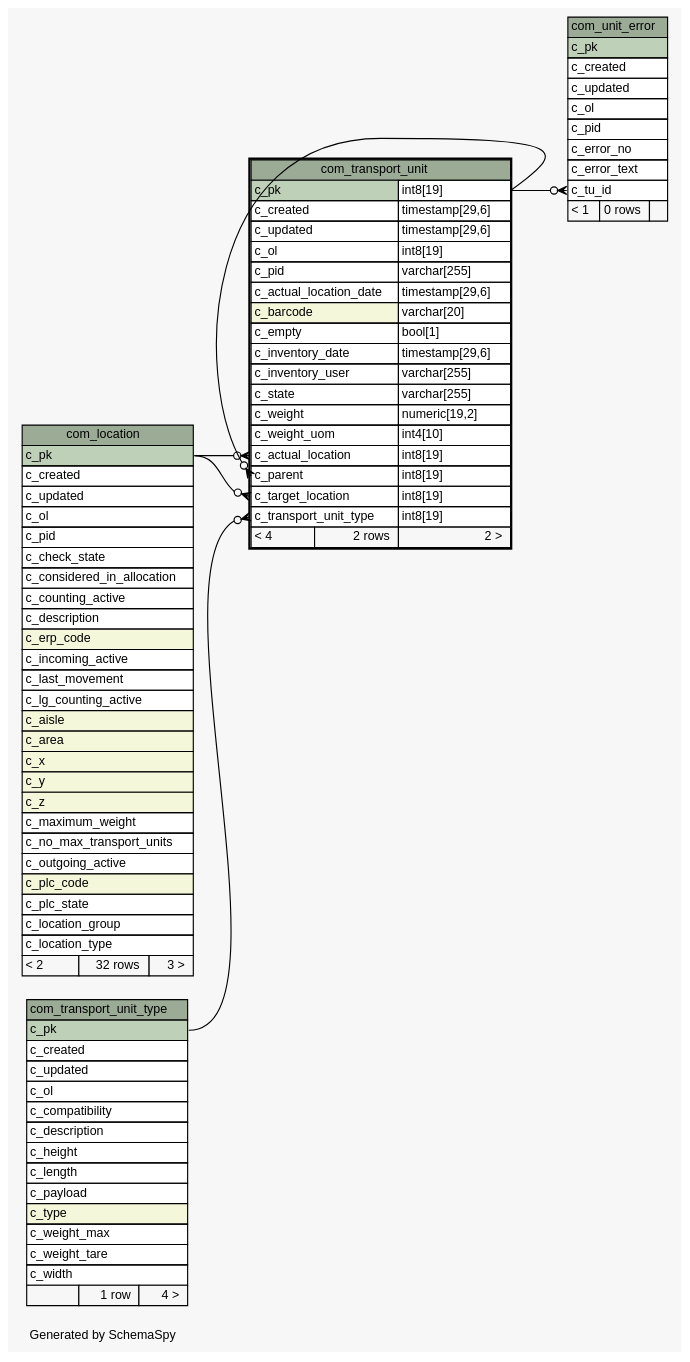
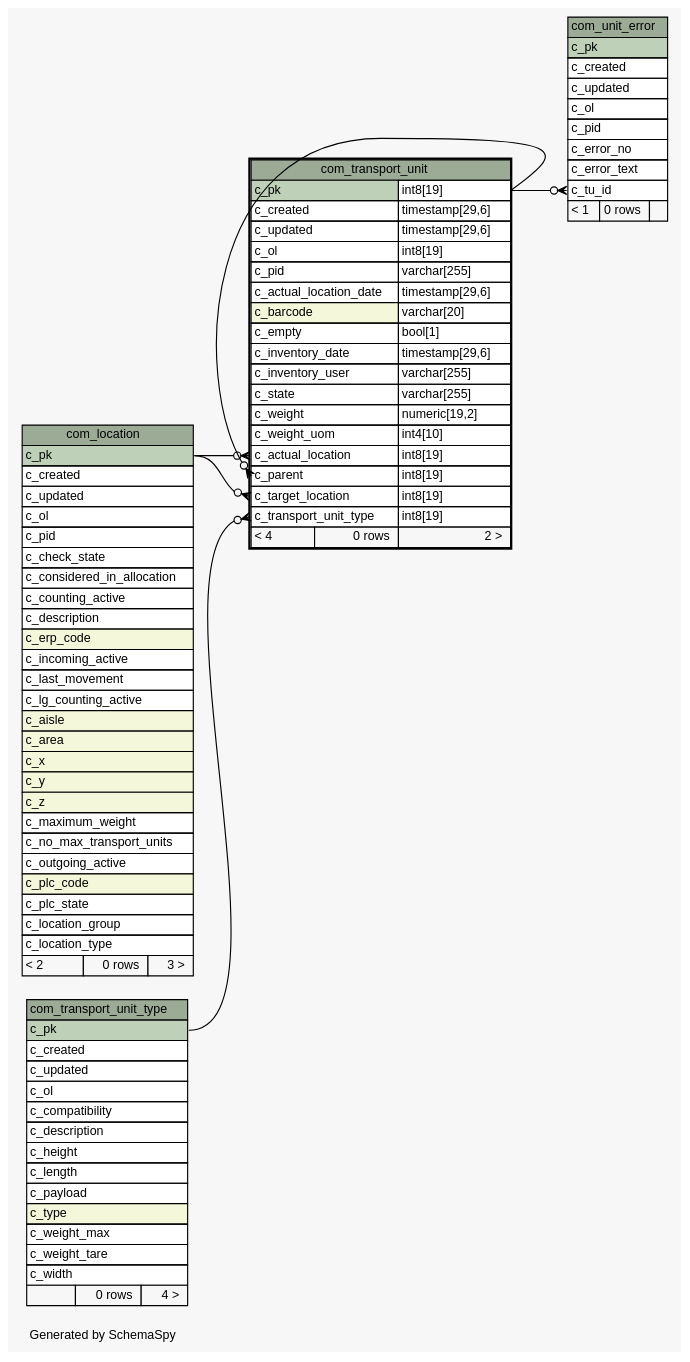
The diagram in schemaspy/diagrams/com_transport_unit.1degree.dot (openwms/org.openwms.common.service.lib), drawn with Graphviz before and after one commit. The commit also changed 537 other files, not shown here.

```diff
--- a/schemaspy/diagrams/com_transport_unit.1degree.dot
+++ b/schemaspy/diagrams/com_transport_unit.1degree.dot
@@ -1,126 +1,126 @@
-// dot 2.36.0 on Linux 4.4.0-101-generic
+// dot 2.38.0 on Linux 4.15.0-1037-gcp
 // SchemaSpy rev Unknown
 digraph "oneDegreeRelationshipsDiagram" {
   graph [
     rankdir="RL"
     bgcolor="#f7f7f7"
     label="\nGenerated by SchemaSpy"
     labeljust="l"
     nodesep="0.18"
     ranksep="0.46"
     fontname="Helvetica"
     fontsize="11"
   ];
   node [
     fontname="Helvetica"
     fontsize="11"
     shape="plaintext"
   ];
   edge [
     arrowsize="0.8"
   ];
   "com_transport_unit":"c_actual_location":w -> "com_location":"c_pk":e [arrowhead=none dir=back arrowtail=crowodot];
   "com_transport_unit":"c_parent":w -> "com_transport_unit":"c_pk.type":e [arrowhead=none dir=back arrowtail=crowodot];
   "com_transport_unit":"c_target_location":w -> "com_location":"c_pk":e [arrowhead=none dir=back arrowtail=crowodot];
   "com_transport_unit":"c_transport_unit_type":w -> "com_transport_unit_type":"c_pk":e [arrowhead=none dir=back arrowtail=crowodot];
   "com_unit_error":"c_tu_id":w -> "com_transport_unit":"c_pk.type":e [arrowhead=none dir=back arrowtail=crowodot];
   "com_location" [
     label=<
     <TABLE BORDER="0" CELLBORDER="1" CELLSPACING="0" BGCOLOR="#ffffff">
       <TR><TD COLSPAN="3" BGCOLOR="#9bab96" ALIGN="CENTER">com_location</TD></TR>
       <TR><TD PORT="c_pk" COLSPAN="3" BGCOLOR="#bed1b8" ALIGN="LEFT">c_pk</TD></TR>
       <TR><TD PORT="c_created" COLSPAN="3" ALIGN="LEFT">c_created</TD></TR>
       <TR><TD PORT="c_updated" COLSPAN="3" ALIGN="LEFT">c_updated</TD></TR>
       <TR><TD PORT="c_ol" COLSPAN="3" ALIGN="LEFT">c_ol</TD></TR>
       <TR><TD PORT="c_pid" COLSPAN="3" ALIGN="LEFT">c_pid</TD></TR>
       <TR><TD PORT="c_check_state" COLSPAN="3" ALIGN="LEFT">c_check_state</TD></TR>
       <TR><TD PORT="c_considered_in_allocation" COLSPAN="3" ALIGN="LEFT">c_considered_in_allocation</TD></TR>
       <TR><TD PORT="c_counting_active" COLSPAN="3" ALIGN="LEFT">c_counting_active</TD></TR>
       <TR><TD PORT="c_description" COLSPAN="3" ALIGN="LEFT">c_description</TD></TR>
       <TR><TD PORT="c_erp_code" COLSPAN="3" BGCOLOR="#f4f7da" ALIGN="LEFT">c_erp_code</TD></TR>
       <TR><TD PORT="c_incoming_active" COLSPAN="3" ALIGN="LEFT">c_incoming_active</TD></TR>
       <TR><TD PORT="c_last_movement" COLSPAN="3" ALIGN="LEFT">c_last_movement</TD></TR>
       <TR><TD PORT="c_lg_counting_active" COLSPAN="3" ALIGN="LEFT">c_lg_counting_active</TD></TR>
       <TR><TD PORT="c_aisle" COLSPAN="3" BGCOLOR="#f4f7da" ALIGN="LEFT">c_aisle</TD></TR>
       <TR><TD PORT="c_area" COLSPAN="3" BGCOLOR="#f4f7da" ALIGN="LEFT">c_area</TD></TR>
       <TR><TD PORT="c_x" COLSPAN="3" BGCOLOR="#f4f7da" ALIGN="LEFT">c_x</TD></TR>
       <TR><TD PORT="c_y" COLSPAN="3" BGCOLOR="#f4f7da" ALIGN="LEFT">c_y</TD></TR>
       <TR><TD PORT="c_z" COLSPAN="3" BGCOLOR="#f4f7da" ALIGN="LEFT">c_z</TD></TR>
       <TR><TD PORT="c_maximum_weight" COLSPAN="3" ALIGN="LEFT">c_maximum_weight</TD></TR>
       <TR><TD PORT="c_no_max_transport_units" COLSPAN="3" ALIGN="LEFT">c_no_max_transport_units</TD></TR>
       <TR><TD PORT="c_outgoing_active" COLSPAN="3" ALIGN="LEFT">c_outgoing_active</TD></TR>
       <TR><TD PORT="c_plc_code" COLSPAN="3" BGCOLOR="#f4f7da" ALIGN="LEFT">c_plc_code</TD></TR>
       <TR><TD PORT="c_plc_state" COLSPAN="3" ALIGN="LEFT">c_plc_state</TD></TR>
       <TR><TD PORT="c_location_group" COLSPAN="3" ALIGN="LEFT">c_location_group</TD></TR>
       <TR><TD PORT="c_location_type" COLSPAN="3" ALIGN="LEFT">c_location_type</TD></TR>
-      <TR><TD ALIGN="LEFT" BGCOLOR="#f7f7f7">&lt; 2</TD><TD ALIGN="RIGHT" BGCOLOR="#f7f7f7">32 rows</TD><TD ALIGN="RIGHT" BGCOLOR="#f7f7f7">3 &gt;</TD></TR>
+      <TR><TD ALIGN="LEFT" BGCOLOR="#f7f7f7">&lt; 2</TD><TD ALIGN="RIGHT" BGCOLOR="#f7f7f7">0 rows</TD><TD ALIGN="RIGHT" BGCOLOR="#f7f7f7">3 &gt;</TD></TR>
     </TABLE>>
     URL="com_location.html"
     tooltip="com_location"
   ];
   "com_transport_unit" [
     label=<
     <TABLE BORDER="2" CELLBORDER="1" CELLSPACING="0" BGCOLOR="#ffffff">
       <TR><TD COLSPAN="3" BGCOLOR="#9bab96" ALIGN="CENTER">com_transport_unit</TD></TR>
       <TR><TD PORT="c_pk" COLSPAN="2" BGCOLOR="#bed1b8" ALIGN="LEFT">c_pk</TD><TD PORT="c_pk.type" ALIGN="LEFT">int8[19]</TD></TR>
       <TR><TD PORT="c_created" COLSPAN="2" ALIGN="LEFT">c_created</TD><TD PORT="c_created.type" ALIGN="LEFT">timestamp[29,6]</TD></TR>
       <TR><TD PORT="c_updated" COLSPAN="2" ALIGN="LEFT">c_updated</TD><TD PORT="c_updated.type" ALIGN="LEFT">timestamp[29,6]</TD></TR>
       <TR><TD PORT="c_ol" COLSPAN="2" ALIGN="LEFT">c_ol</TD><TD PORT="c_ol.type" ALIGN="LEFT">int8[19]</TD></TR>
       <TR><TD PORT="c_pid" COLSPAN="2" ALIGN="LEFT">c_pid</TD><TD PORT="c_pid.type" ALIGN="LEFT">varchar[255]</TD></TR>
       <TR><TD PORT="c_actual_location_date" COLSPAN="2" ALIGN="LEFT">c_actual_location_date</TD><TD PORT="c_actual_location_date.type" ALIGN="LEFT">timestamp[29,6]</TD></TR>
       <TR><TD PORT="c_barcode" COLSPAN="2" BGCOLOR="#f4f7da" ALIGN="LEFT">c_barcode</TD><TD PORT="c_barcode.type" ALIGN="LEFT">varchar[20]</TD></TR>
       <TR><TD PORT="c_empty" COLSPAN="2" ALIGN="LEFT">c_empty</TD><TD PORT="c_empty.type" ALIGN="LEFT">bool[1]</TD></TR>
       <TR><TD PORT="c_inventory_date" COLSPAN="2" ALIGN="LEFT">c_inventory_date</TD><TD PORT="c_inventory_date.type" ALIGN="LEFT">timestamp[29,6]</TD></TR>
       <TR><TD PORT="c_inventory_user" COLSPAN="2" ALIGN="LEFT">c_inventory_user</TD><TD PORT="c_inventory_user.type" ALIGN="LEFT">varchar[255]</TD></TR>
       <TR><TD PORT="c_state" COLSPAN="2" ALIGN="LEFT">c_state</TD><TD PORT="c_state.type" ALIGN="LEFT">varchar[255]</TD></TR>
       <TR><TD PORT="c_weight" COLSPAN="2" ALIGN="LEFT">c_weight</TD><TD PORT="c_weight.type" ALIGN="LEFT">numeric[19,2]</TD></TR>
       <TR><TD PORT="c_weight_uom" COLSPAN="2" ALIGN="LEFT">c_weight_uom</TD><TD PORT="c_weight_uom.type" ALIGN="LEFT">int4[10]</TD></TR>
       <TR><TD PORT="c_actual_location" COLSPAN="2" ALIGN="LEFT">c_actual_location</TD><TD PORT="c_actual_location.type" ALIGN="LEFT">int8[19]</TD></TR>
       <TR><TD PORT="c_parent" COLSPAN="2" ALIGN="LEFT">c_parent</TD><TD PORT="c_parent.type" ALIGN="LEFT">int8[19]</TD></TR>
       <TR><TD PORT="c_target_location" COLSPAN="2" ALIGN="LEFT">c_target_location</TD><TD PORT="c_target_location.type" ALIGN="LEFT">int8[19]</TD></TR>
       <TR><TD PORT="c_transport_unit_type" COLSPAN="2" ALIGN="LEFT">c_transport_unit_type</TD><TD PORT="c_transport_unit_type.type" ALIGN="LEFT">int8[19]</TD></TR>
-      <TR><TD ALIGN="LEFT" BGCOLOR="#f7f7f7">&lt; 4</TD><TD ALIGN="RIGHT" BGCOLOR="#f7f7f7">2 rows</TD><TD ALIGN="RIGHT" BGCOLOR="#f7f7f7">2 &gt;</TD></TR>
+      <TR><TD ALIGN="LEFT" BGCOLOR="#f7f7f7">&lt; 4</TD><TD ALIGN="RIGHT" BGCOLOR="#f7f7f7">0 rows</TD><TD ALIGN="RIGHT" BGCOLOR="#f7f7f7">2 &gt;</TD></TR>
     </TABLE>>
     URL="com_transport_unit.html"
     tooltip="com_transport_unit"
   ];
   "com_transport_unit_type" [
     label=<
     <TABLE BORDER="0" CELLBORDER="1" CELLSPACING="0" BGCOLOR="#ffffff">
       <TR><TD COLSPAN="3" BGCOLOR="#9bab96" ALIGN="CENTER">com_transport_unit_type</TD></TR>
       <TR><TD PORT="c_pk" COLSPAN="3" BGCOLOR="#bed1b8" ALIGN="LEFT">c_pk</TD></TR>
       <TR><TD PORT="c_created" COLSPAN="3" ALIGN="LEFT">c_created</TD></TR>
       <TR><TD PORT="c_updated" COLSPAN="3" ALIGN="LEFT">c_updated</TD></TR>
       <TR><TD PORT="c_ol" COLSPAN="3" ALIGN="LEFT">c_ol</TD></TR>
       <TR><TD PORT="c_compatibility" COLSPAN="3" ALIGN="LEFT">c_compatibility</TD></TR>
       <TR><TD PORT="c_description" COLSPAN="3" ALIGN="LEFT">c_description</TD></TR>
       <TR><TD PORT="c_height" COLSPAN="3" ALIGN="LEFT">c_height</TD></TR>
       <TR><TD PORT="c_length" COLSPAN="3" ALIGN="LEFT">c_length</TD></TR>
       <TR><TD PORT="c_payload" COLSPAN="3" ALIGN="LEFT">c_payload</TD></TR>
       <TR><TD PORT="c_type" COLSPAN="3" BGCOLOR="#f4f7da" ALIGN="LEFT">c_type</TD></TR>
       <TR><TD PORT="c_weight_max" COLSPAN="3" ALIGN="LEFT">c_weight_max</TD></TR>
       <TR><TD PORT="c_weight_tare" COLSPAN="3" ALIGN="LEFT">c_weight_tare</TD></TR>
       <TR><TD PORT="c_width" COLSPAN="3" ALIGN="LEFT">c_width</TD></TR>
-      <TR><TD ALIGN="LEFT" BGCOLOR="#f7f7f7">  </TD><TD ALIGN="RIGHT" BGCOLOR="#f7f7f7">1 row</TD><TD ALIGN="RIGHT" BGCOLOR="#f7f7f7">4 &gt;</TD></TR>
+      <TR><TD ALIGN="LEFT" BGCOLOR="#f7f7f7">  </TD><TD ALIGN="RIGHT" BGCOLOR="#f7f7f7">0 rows</TD><TD ALIGN="RIGHT" BGCOLOR="#f7f7f7">4 &gt;</TD></TR>
     </TABLE>>
     URL="com_transport_unit_type.html"
     tooltip="com_transport_unit_type"
   ];
   "com_unit_error" [
     label=<
     <TABLE BORDER="0" CELLBORDER="1" CELLSPACING="0" BGCOLOR="#ffffff">
       <TR><TD COLSPAN="3" BGCOLOR="#9bab96" ALIGN="CENTER">com_unit_error</TD></TR>
       <TR><TD PORT="c_pk" COLSPAN="3" BGCOLOR="#bed1b8" ALIGN="LEFT">c_pk</TD></TR>
       <TR><TD PORT="c_created" COLSPAN="3" ALIGN="LEFT">c_created</TD></TR>
       <TR><TD PORT="c_updated" COLSPAN="3" ALIGN="LEFT">c_updated</TD></TR>
       <TR><TD PORT="c_ol" COLSPAN="3" ALIGN="LEFT">c_ol</TD></TR>
       <TR><TD PORT="c_pid" COLSPAN="3" ALIGN="LEFT">c_pid</TD></TR>
       <TR><TD PORT="c_error_no" COLSPAN="3" ALIGN="LEFT">c_error_no</TD></TR>
       <TR><TD PORT="c_error_text" COLSPAN="3" ALIGN="LEFT">c_error_text</TD></TR>
       <TR><TD PORT="c_tu_id" COLSPAN="3" ALIGN="LEFT">c_tu_id</TD></TR>
       <TR><TD ALIGN="LEFT" BGCOLOR="#f7f7f7">&lt; 1</TD><TD ALIGN="RIGHT" BGCOLOR="#f7f7f7">0 rows</TD><TD ALIGN="RIGHT" BGCOLOR="#f7f7f7">  </TD></TR>
     </TABLE>>
     URL="com_unit_error.html"
     tooltip="com_unit_error"
   ];
 }
```
